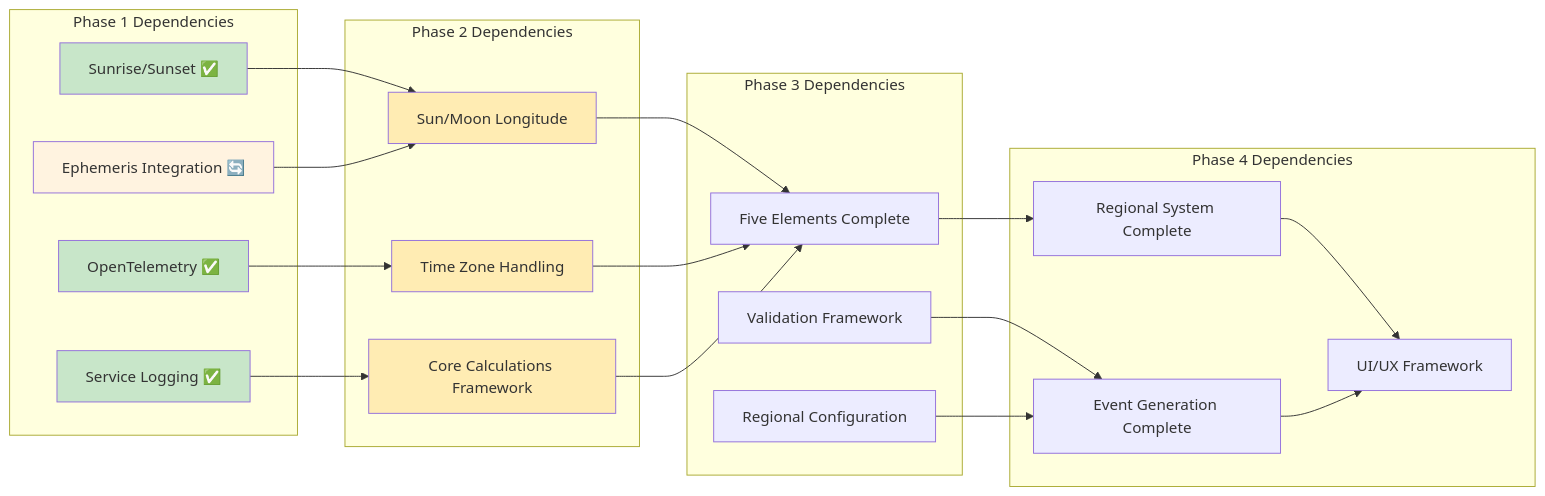
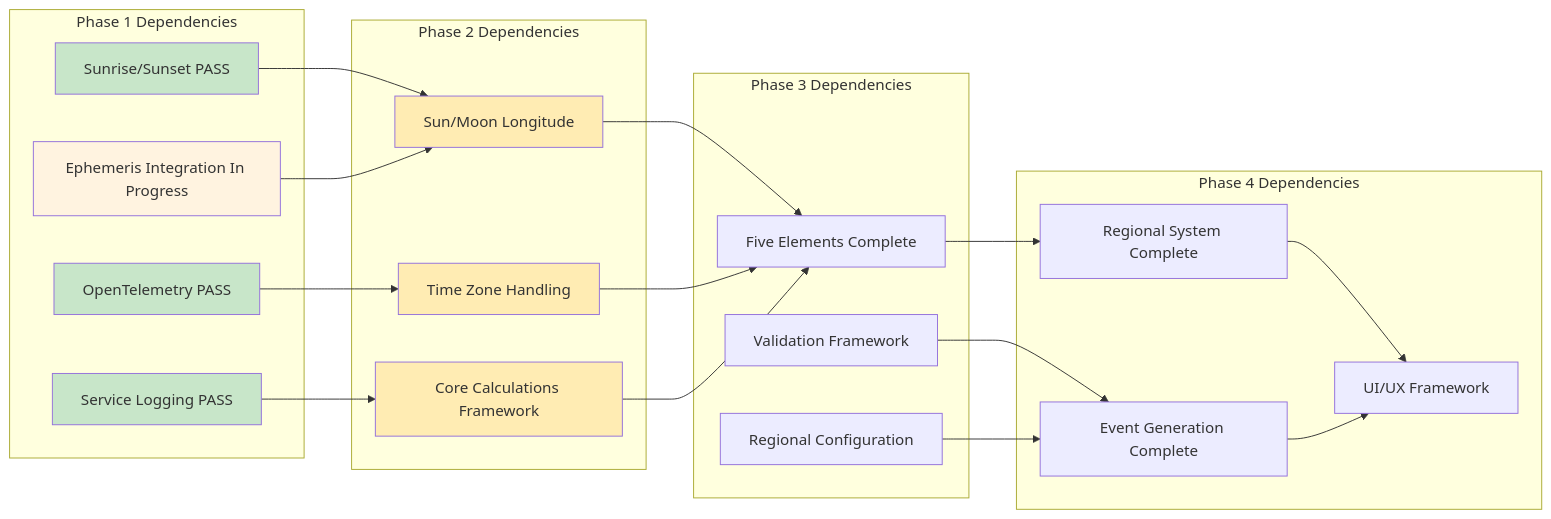
Before and after one commit to naren-m/panchangam: diagram 11 of 11 in docs/design/implementation-phase-diagrams.md, drawn with Mermaid. The commit also changed other lines of this file and 494 other files, not shown here.

````diff
--- a/docs/design/implementation-phase-diagrams.md
+++ b/docs/design/implementation-phase-diagrams.md
@@ -491,51 +491,51 @@
 ```mermaid
 graph LR
     subgraph "Phase 1 Dependencies"
-        A[Sunrise/Sunset ✅]
-        B[OpenTelemetry ✅]
-        C[Service Logging ✅]
-        D[Ephemeris Integration 🔄]
+        A[Sunrise/Sunset PASS ]
+        B[OpenTelemetry PASS ]
+        C[Service Logging PASS ]
+        D[Ephemeris Integration In Progress ]
     end
     
     subgraph "Phase 2 Dependencies"
         E[Sun/Moon Longitude]
         F[Time Zone Handling]
         G[Core Calculations Framework]
     end
     
     subgraph "Phase 3 Dependencies"
         H[Five Elements Complete]
         I[Validation Framework]
         J[Regional Configuration]
     end
     
     subgraph "Phase 4 Dependencies"
         K[Regional System Complete]
         L[Event Generation Complete]
         M[UI/UX Framework]
     end
     
     A --> E
     B --> F
     C --> G
     D --> E
     
     E --> H
     F --> H
     G --> H
     
     H --> K
     I --> L
     J --> L
     
     K --> M
     L --> M
     
     style A fill:#c8e6c9
     style B fill:#c8e6c9
     style C fill:#c8e6c9
     style D fill:#fff3e0
     style E fill:#ffecb3
     style F fill:#ffecb3
     style G fill:#ffecb3
 ```
````
